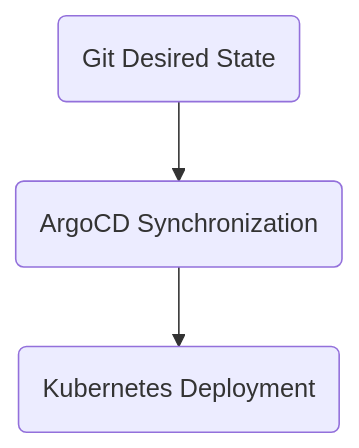
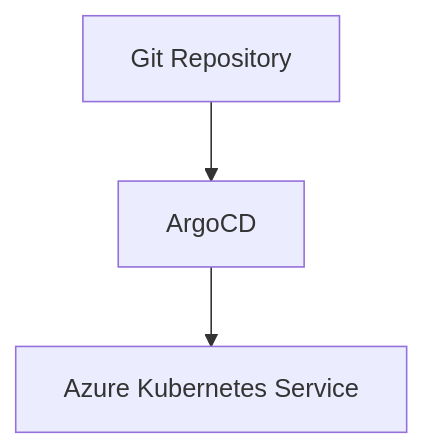
One commit to bymalathi/flavorforge-azure-devsecops-capstone changed diagram 14 of 29 in README.md. Above: the diagram before and after it, drawn with Mermaid. The commit also changed other lines of this file, not shown here.

````diff
--- a/README.md
+++ b/README.md
@@ -784,9 +924,9 @@
 ```mermaid
 flowchart TD
-    A(Git Desired State)
-    B(ArgoCD Synchronization)
-    C(Kubernetes Deployment)
+    A[Git Repository]
+    B[ArgoCD]
+    C[Azure Kubernetes Service]
 
     A --> B
     B --> C
 ```
````
